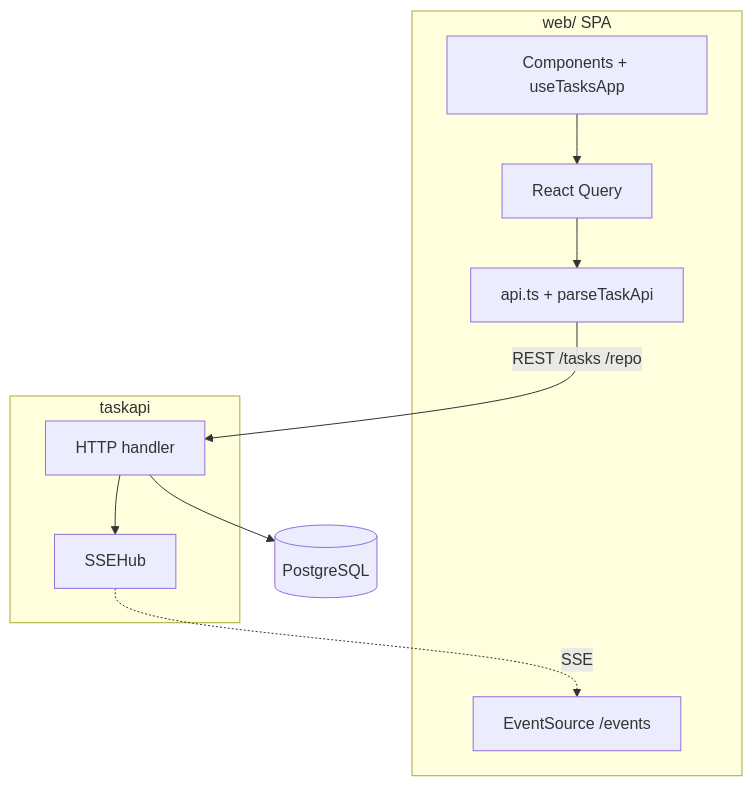
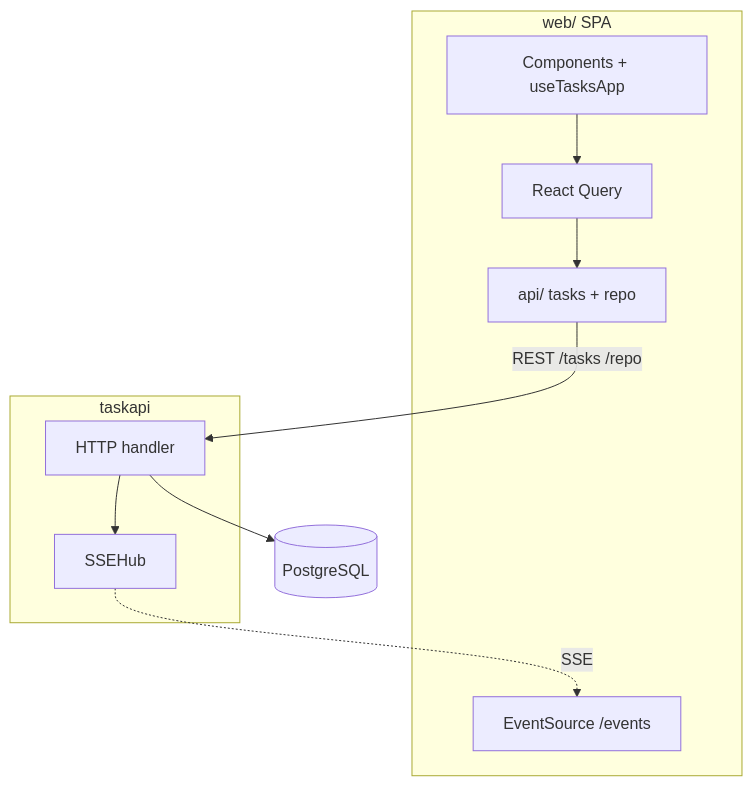
One commit to AlexsanderHamir/T2A changed the first of 3 diagrams in docs/WEB.md. Above: the diagram before and after it, drawn with Mermaid. The commit also changed other lines of this file and 1 other file, not shown here.

````diff
--- a/docs/WEB.md
+++ b/docs/WEB.md
@@ -17,23 +17,23 @@
 ```mermaid
 flowchart TB
   subgraph spa["web/ SPA"]
     UI[Components + useTasksApp]
     RQ[React Query]
-    API[api.ts + parseTaskApi]
+    API[api/ tasks + repo]
     ES[EventSource /events]
     UI --> RQ
     RQ --> API
   end
 
   subgraph taskapi["taskapi"]
     H[HTTP handler]
     Hub[SSEHub]
     H --> Hub
   end
 
   PG[(PostgreSQL)]
 
   API -->|REST /tasks /repo| H
   H --> PG
   Hub -.->|SSE| ES
 ```
````
